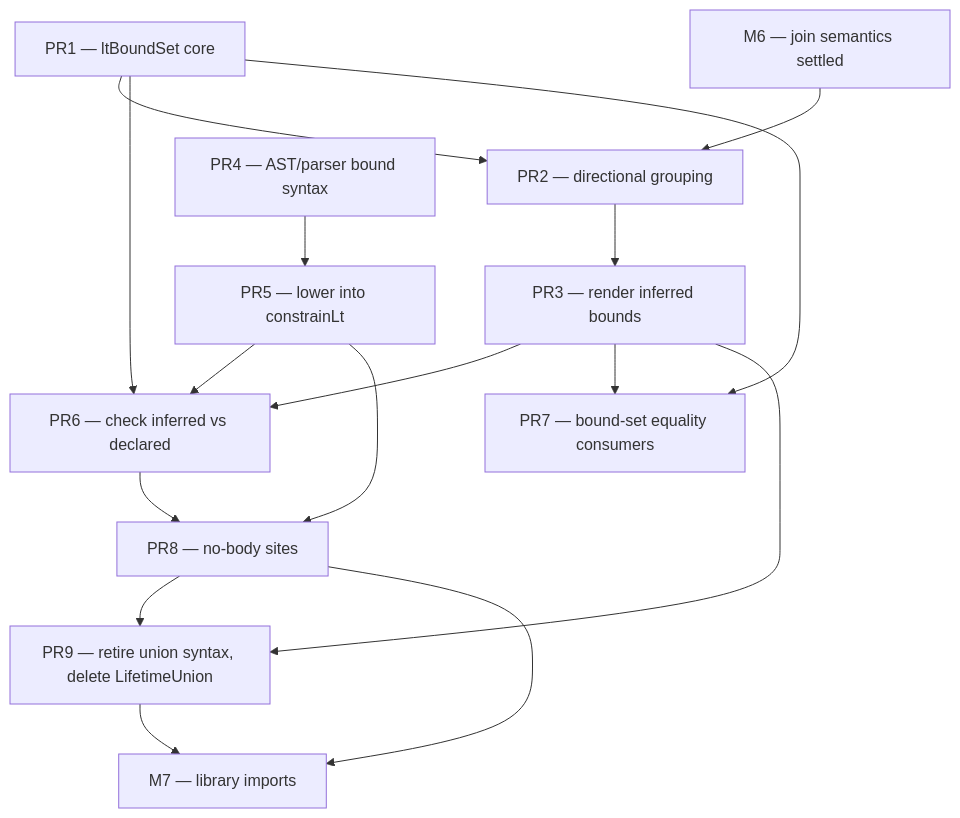
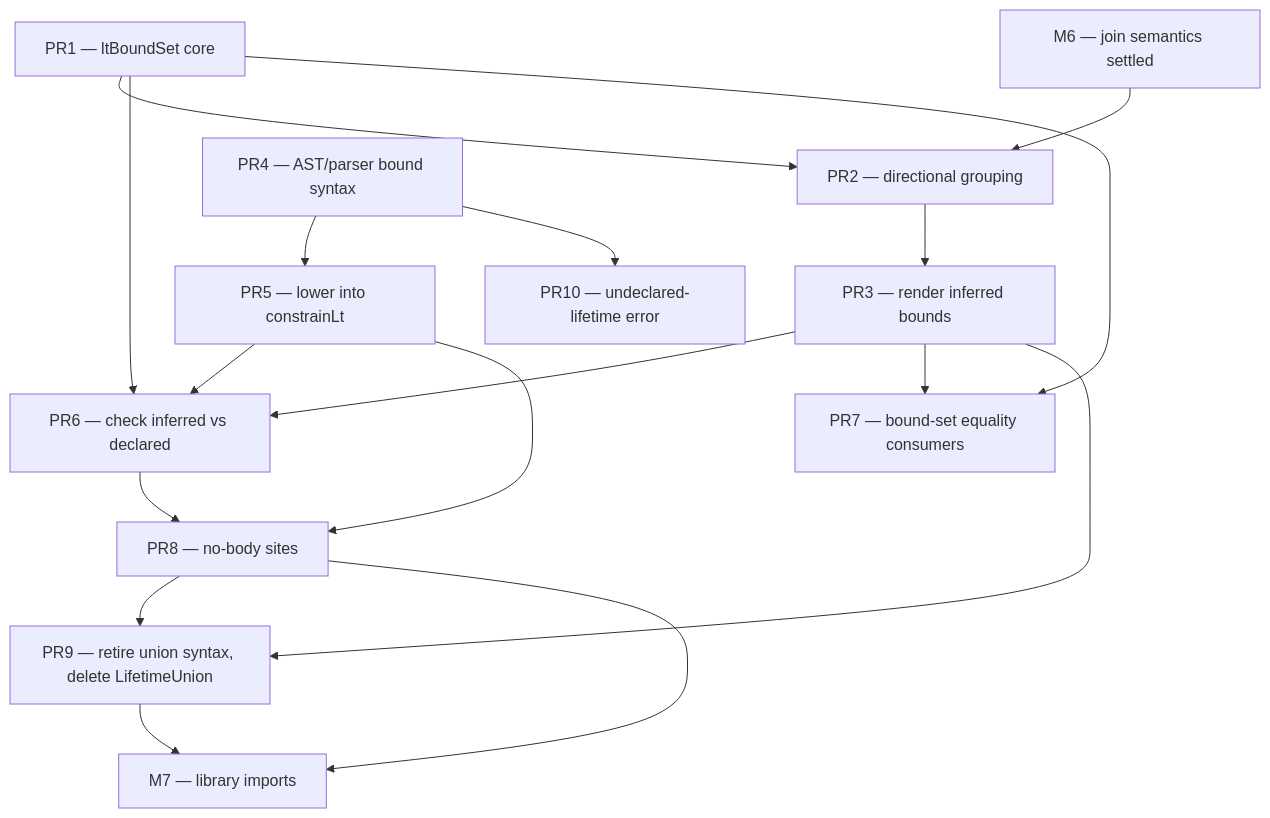
The diagram in planning/simple_sub/m6.5-implementation-plan.md (escalier-lang/escalier), drawn with Mermaid before and after one commit. The commit also changed other lines of this file, not shown here.

First line of the commit message:
Add PR10 to the M6.5 plan: error on undeclared lifetime use

````diff
--- a/planning/simple_sub/m6.5-implementation-plan.md
+++ b/planning/simple_sub/m6.5-implementation-plan.md
@@ -545,18 +593,19 @@
 ```mermaid
 graph TD
     M6[M6 — join semantics settled] --> PR2
     PR1[PR1 — ltBoundSet core] --> PR2[PR2 — directional grouping]
     PR2 --> PR3[PR3 — render inferred bounds]
     PR4[PR4 — AST/parser bound syntax] --> PR5[PR5 — lower into constrainLt]
+    PR4 --> PR10[PR10 — undeclared-lifetime error]
     PR1 --> PR6
     PR3 --> PR6[PR6 — check inferred vs declared]
     PR5 --> PR6
     PR1 --> PR7[PR7 — bound-set equality consumers]
     PR3 --> PR7
     PR5 --> PR8[PR8 — no-body sites]
     PR6 --> PR8
     PR3 --> PR9[PR9 — retire union syntax, delete LifetimeUnion]
     PR8 --> PR9
     PR8 --> M7[M7 — library imports]
     PR9 --> M7
 ```
````
